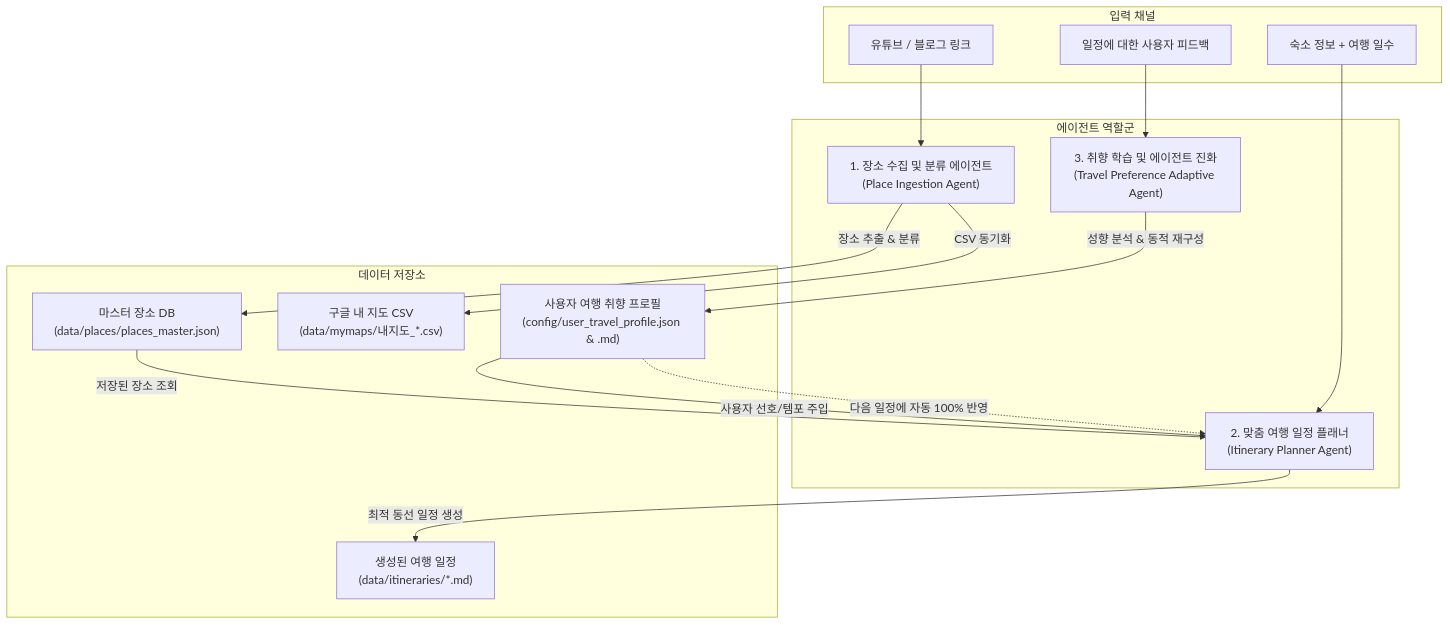
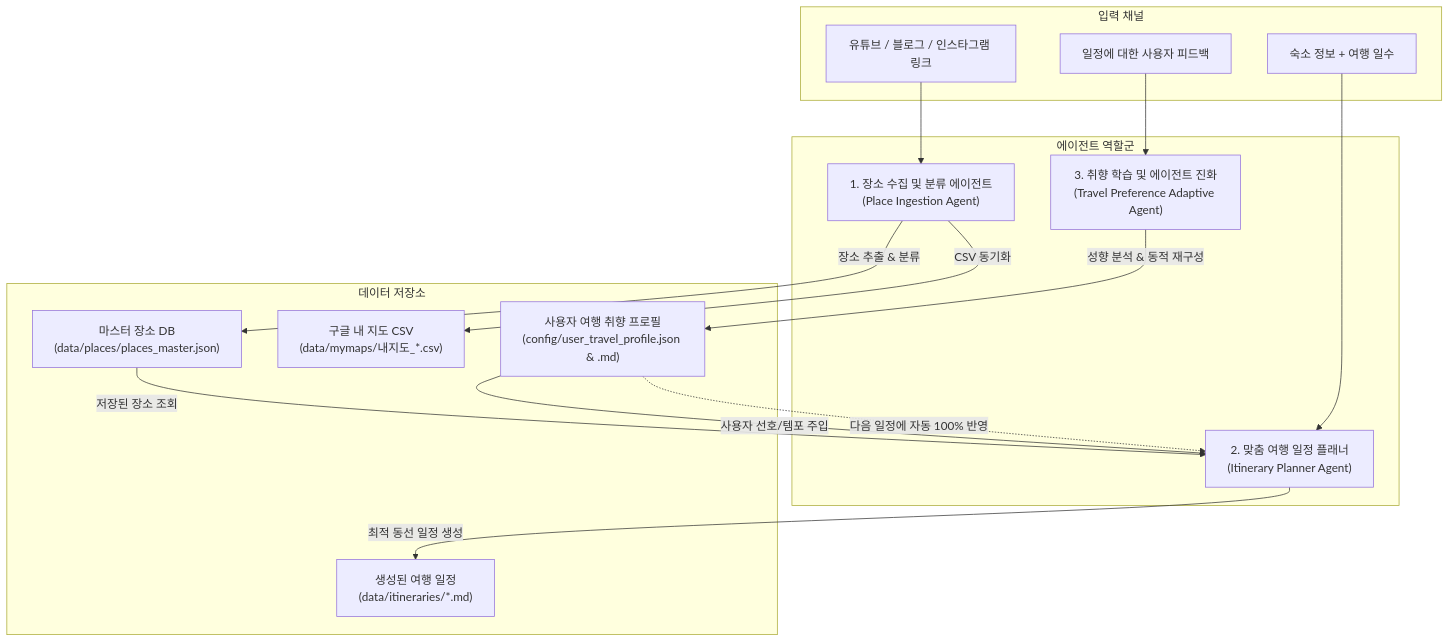
Before and after one commit to park12sj/google-maps-travel-agent: the diagram in AGENTS.md, drawn with Mermaid. The commit also changed other lines of this file and 15 other files, not shown here.

````diff
--- a/AGENTS.md
+++ b/AGENTS.md
@@ -9,34 +9,34 @@
 ```mermaid
 flowchart TD
     subgraph Input["입력 채널"]
-        U1["유튜브 / 블로그 링크"]
+        U1["유튜브 / 블로그 / 인스타그램 링크"]
         U2["숙소 정보 + 여행 일수"]
         U3["일정에 대한 사용자 피드백"]
     end
 
     subgraph Agents["에이전트 역할군"]
         A1["1. 장소 수집 및 분류 에이전트\n(Place Ingestion Agent)"]
         A2["2. 맞춤 여행 일정 플래너\n(Itinerary Planner Agent)"]
         A3["3. 취향 학습 및 에이전트 진화\n(Travel Preference Adaptive Agent)"]
     end
 
     subgraph DataStore["데이터 저장소"]
         DB["마스터 장소 DB\n(data/places/places_master.json)"]
         CSV["구글 내 지도 CSV\n(data/mymaps/내지도_*.csv)"]
         PROF["사용자 여행 취향 프로필\n(config/user_travel_profile.json & .md)"]
         ITIN["생성된 여행 일정\n(data/itineraries/*.md)"]
     end
 
     U1 --> A1
     A1 -->|장소 추출 & 분류| DB
     A1 -->|CSV 동기화| CSV
 
     U2 --> A2
     DB -->|저장된 장소 조회| A2
     PROF -->|사용자 선호/템포 주입| A2
     A2 -->|최적 동선 일정 생성| ITIN
 
     U3 --> A3
     A3 -->|성향 분석 & 동적 재구성| PROF
     PROF -.->|다음 일정에 자동 100% 반영| A2
 ```
````
